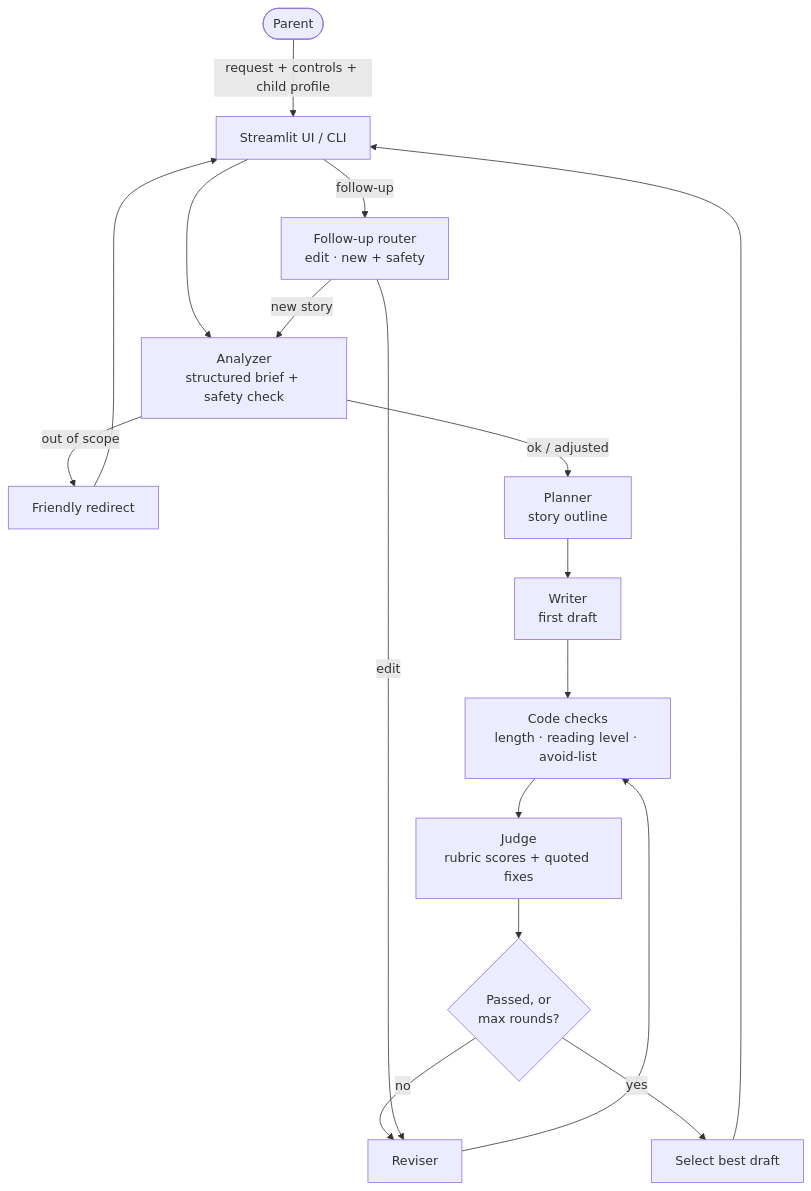
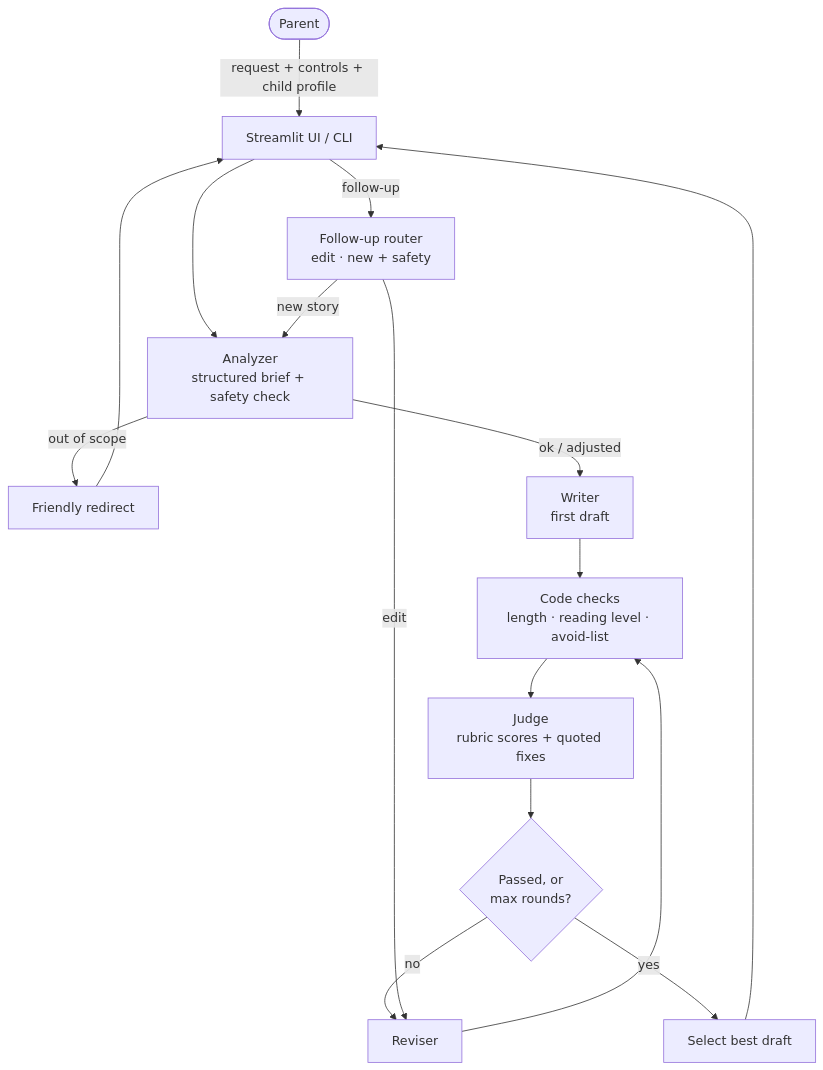
Before and after one commit to AdwaitMahadar/Bedtime-Stories: the diagram in docs/DESIGN.md, drawn with Mermaid. The commit also changed other lines of this file and 50 other files, not shown here.

````diff
--- a/docs/DESIGN.md
+++ b/docs/DESIGN.md
@@ -7,19 +7,18 @@
 ```mermaid
 flowchart TD
     U(["Parent"]) -->|"request + controls + child profile"| UI["Streamlit UI / CLI"]
     UI --> A["Analyzer<br/>structured brief + safety check"]
     A -->|"out of scope"| X["Friendly redirect"]
     X --> UI
-    A -->|"ok / adjusted"| P["Planner<br/>story outline"]
-    P --> W["Writer<br/>first draft"]
+    A -->|"ok / adjusted"| W["Writer<br/>first draft"]
     W --> C["Code checks<br/>length · reading level · avoid-list"]
     C --> J["Judge<br/>rubric scores + quoted fixes"]
     J --> D{"Passed, or<br/>max rounds?"}
     D -->|"no"| R["Reviser"]
     R --> C
     D -->|"yes"| S["Select best draft"]
     S --> UI
     UI -->|"follow-up"| F["Follow-up router<br/>edit · new + safety"]
     F -->|"edit"| R
     F -->|"new story"| A
 ```
````
